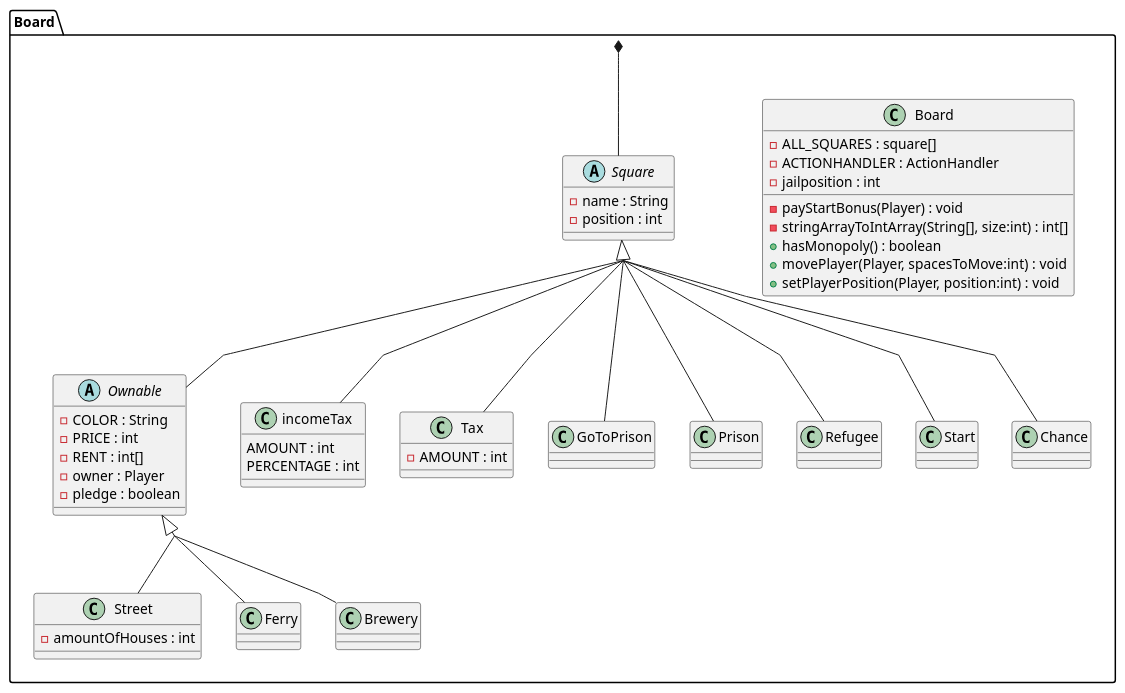
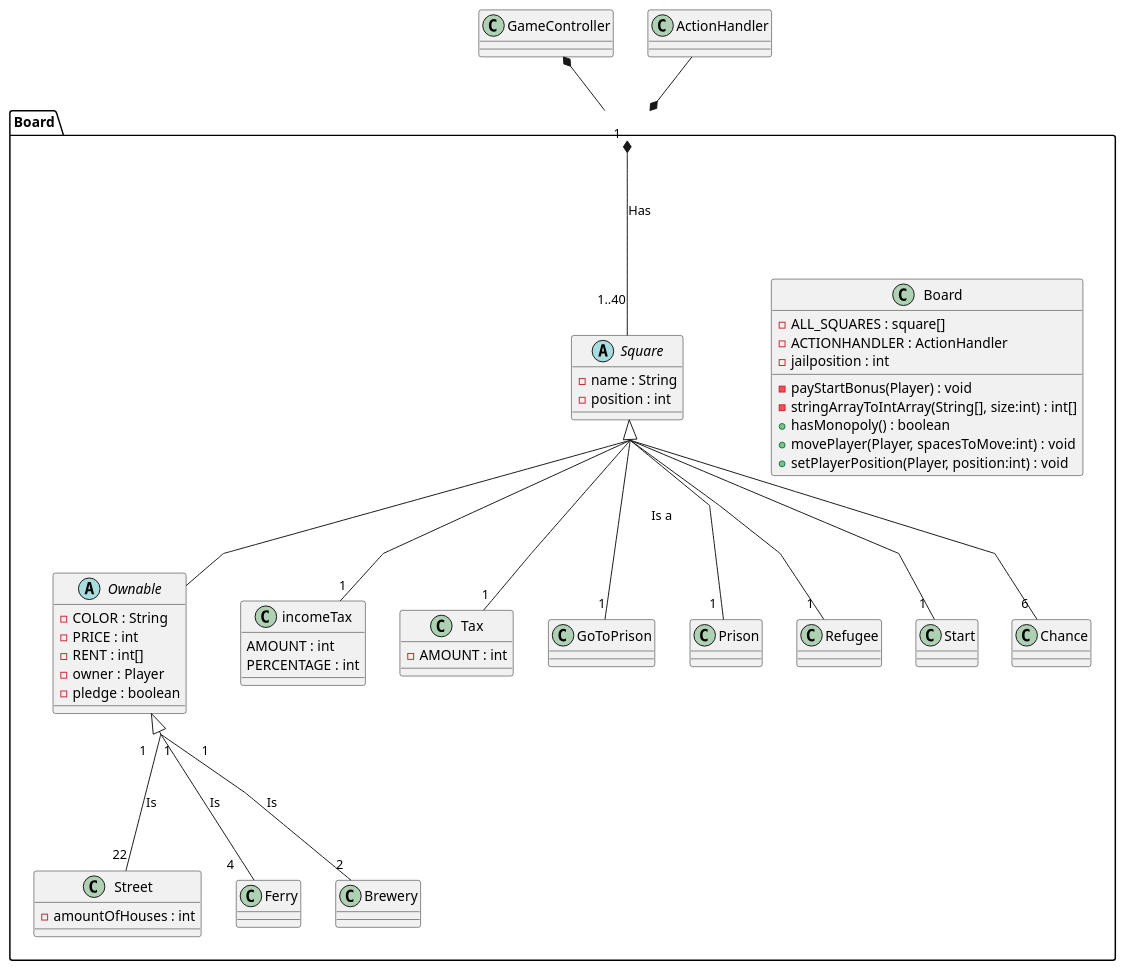
Before and after one commit to Greve2001/CDIO-final: the diagram in diagrams/Board_Package_Class_Diagram.puml, drawn with PlantUML.

```diff
--- a/diagrams/Board_Package_Class_Diagram.puml
+++ b/diagrams/Board_Package_Class_Diagram.puml
@@ -1,74 +1,80 @@
 @startuml
 'https://plantuml.com/class-diagram
 skinparam groupInheritance 2
 
 skinparam linetype polyline
 
 package Board
 {
      class Board {
      -ALL_SQUARES : square[]
      -ACTIONHANDLER : ActionHandler
      -jailposition : int
 
     -payStartBonus(Player) : void
     -stringArrayToIntArray(String[], size:int) : int[]
     +hasMonopoly() : boolean
     +movePlayer(Player, spacesToMove:int) : void
     +setPlayerPosition(Player, position:int) : void
 
     }
      abstract class Square {
          -name : String
          -position : int
      }
      class Street{
         -amountOfHouses : int
 
      }
      abstract class Ownable{
         -COLOR : String
         -PRICE : int
         -RENT : int[]
         -owner : Player
         -pledge : boolean
      }
      class incomeTax{
        AMOUNT : int
        PERCENTAGE : int
      }
      class Tax{
         -AMOUNT : int
      }
      class Ferry{
      }
      class Brewery{
      }
      class GoToPrison{
      }
      class Prison{
      }
      class Refugee{
      }
      class Start{
      }
      class Chance{
      }
 }
 
+Board "1  "  *--d- "1..40" Square: Has
 
-Board *-d- Square
-Square <|-- Tax
+Ownable "1     " <|--- "22" Street : Is\t
+Ownable "1" <|--- " 4    " Ferry : Is \t
+Ownable "           1" <|--- " 2" Brewery : Is\t
+
+
+Square <|-- "1" Tax
 Square <|-- Ownable
-Square <|-- incomeTax
-Square <|-- Start
-Square <|-- Refugee
-Square <|-- GoToPrison
-Square <|-- Prison
-Square <|-- Chance
-Ownable <|-- Street
-Ownable <|-- Ferry
-Ownable <|-- Brewery
+Square <|-- "1" incomeTax
+Square <|-- "           1" Start
+Square <|-- "             1" Refugee
+Square <|-- "1" GoToPrison: \t Is a    \t
+Square <|-- "             1" Prison
+Square <|--  "            6" Chance
+
+GameController *-- Board
+ActionHandler --* Board
+
 
 
 @enduml
```
